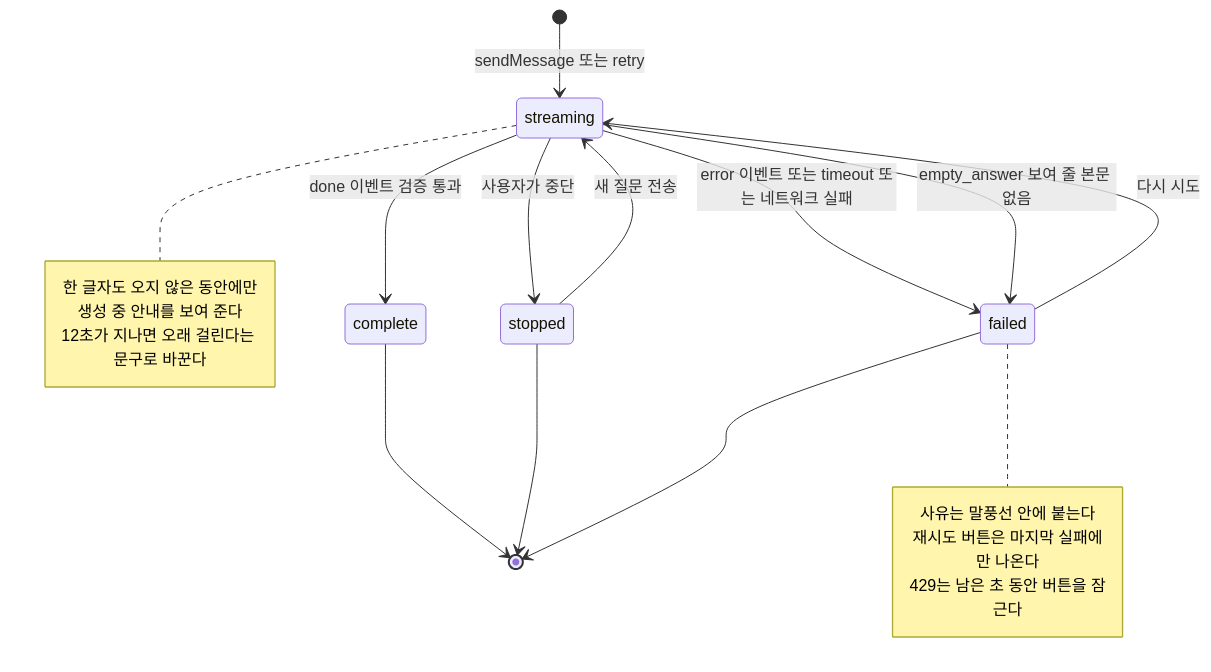
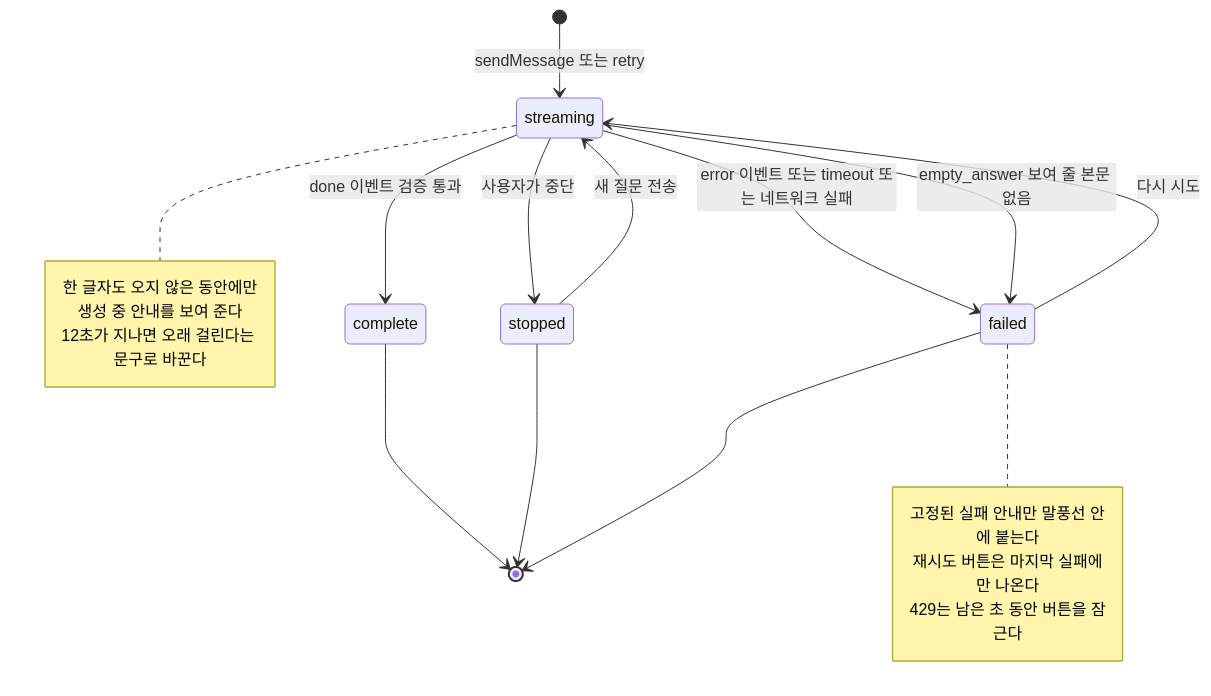
Before and after one commit to s-work-song/ssw-portfolio-public: the fourth of 5 diagrams in web/docs/chatbot-architecture.md, drawn with Mermaid. The commit also changed other lines of this file and 11 other files, not shown here.

````diff
--- a/web/docs/chatbot-architecture.md
+++ b/web/docs/chatbot-architecture.md
@@ -276,28 +289,28 @@
 ```mermaid
 stateDiagram-v2
   [*] --> streaming: sendMessage 또는 retry
 
   streaming --> complete: done 이벤트 검증 통과
   streaming --> stopped: 사용자가 중단
   streaming --> failed: error 이벤트 또는 timeout 또는 네트워크 실패
   streaming --> failed: empty_answer 보여 줄 본문 없음
 
   failed --> streaming: 다시 시도
   stopped --> streaming: 새 질문 전송
 
   complete --> [*]
   stopped --> [*]
   failed --> [*]
 
   note right of streaming
     한 글자도 오지 않은 동안에만
     생성 중 안내를 보여 준다
     12초가 지나면 오래 걸린다는 문구로 바꾼다
   end note
 
   note right of failed
-    사유는 말풍선 안에 붙는다
+    고정된 실패 안내만 말풍선 안에 붙는다
     재시도 버튼은 마지막 실패에만 나온다
     429는 남은 초 동안 버튼을 잠근다
   end note
 ```
````
